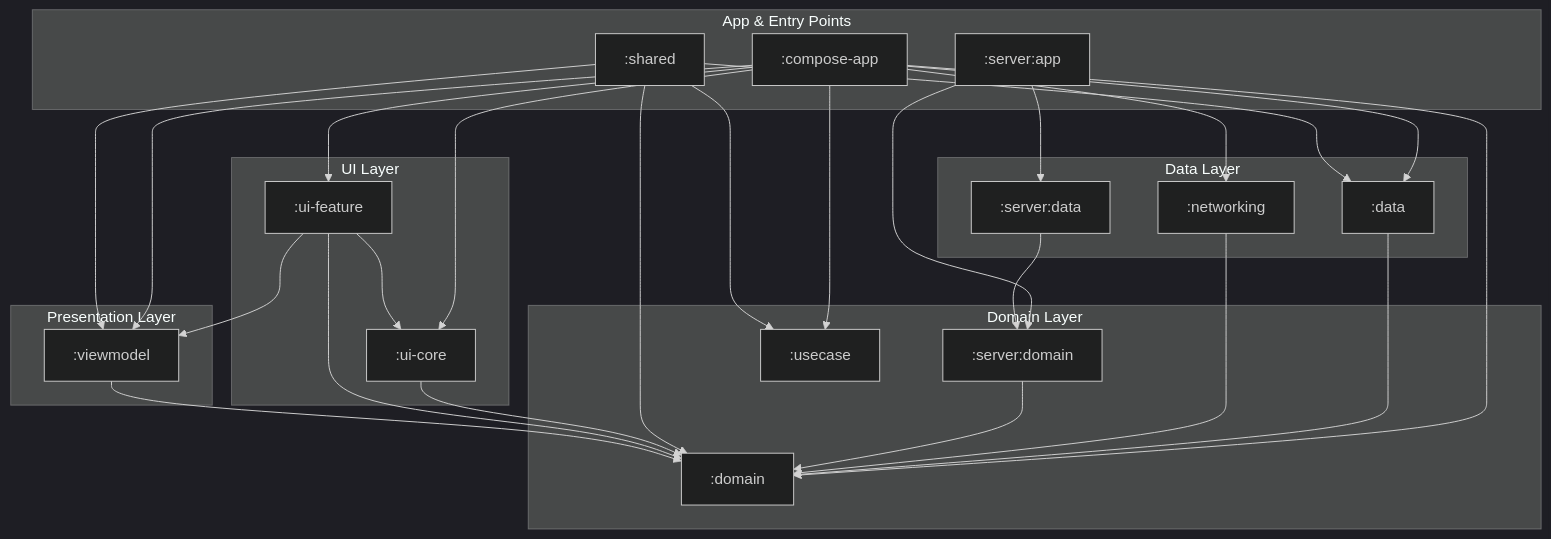
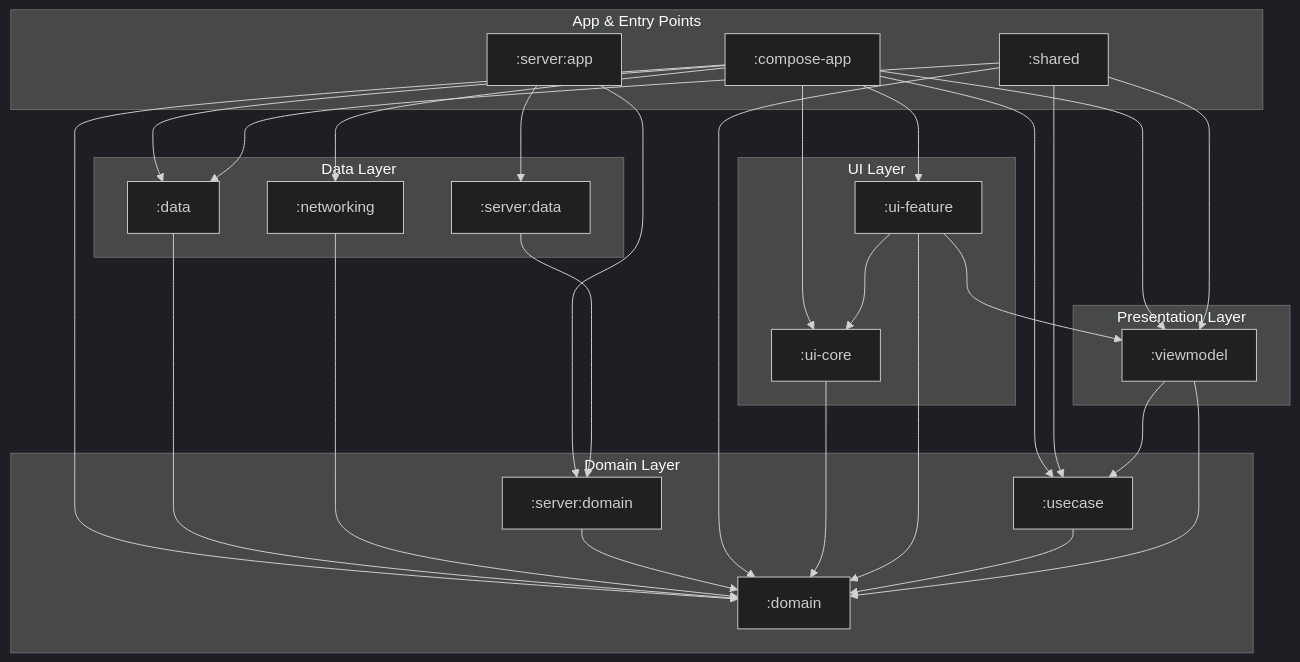
The diagram in docs/diagrams/architecture.mmd (cartland/battery-butler), drawn with Mermaid (dark theme) before and after one commit. The commit also changed 6 other files, not shown here.

Commit message:
Docs: Migrate deterministic architecture graph generation to Gradle/Kotlin

```diff
--- a/docs/diagrams/architecture.mmd
+++ b/docs/diagrams/architecture.mmd
@@ -1,51 +1,53 @@
 graph TD
     subgraph "App & Entry Points"
         ComposeApp[":compose-app"]
         ServerApp[":server:app"]
         Shared[":shared"]
     end
 
     subgraph "UI Layer"
         UICore[":ui-core"]
         UIFeature[":ui-feature"]
     end
 
     subgraph "Presentation Layer"
         ViewModel[":viewmodel"]
     end
 
     subgraph "Domain Layer"
         Domain[":domain"]
         ServerDomain[":server:domain"]
         UseCase[":usecase"]
     end
 
     subgraph "Data Layer"
         Data[":data"]
         Networking[":networking"]
         ServerData[":server:data"]
     end
 
     %% Dependencies
     ComposeApp --> Data
     ComposeApp --> Domain
     ComposeApp --> Networking
     ComposeApp --> UICore
     ComposeApp --> UIFeature
     ComposeApp --> UseCase
     ComposeApp --> ViewModel
     Data --> Domain
     Networking --> Domain
     ServerApp --> ServerData
     ServerApp --> ServerDomain
     ServerData --> ServerDomain
     ServerDomain --> Domain
     Shared --> Data
     Shared --> Domain
     Shared --> UseCase
     Shared --> ViewModel
     UICore --> Domain
     UIFeature --> Domain
     UIFeature --> UICore
     UIFeature --> ViewModel
+    UseCase --> Domain
     ViewModel --> Domain
+    ViewModel --> UseCase
```
